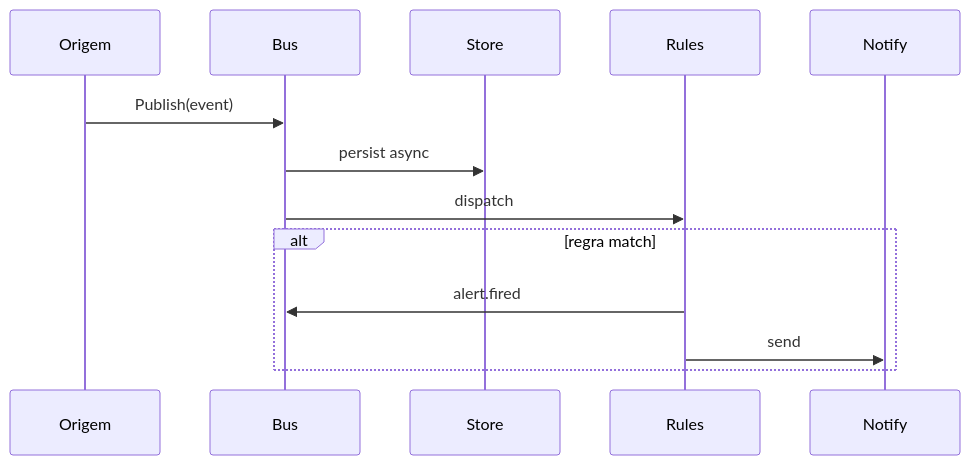
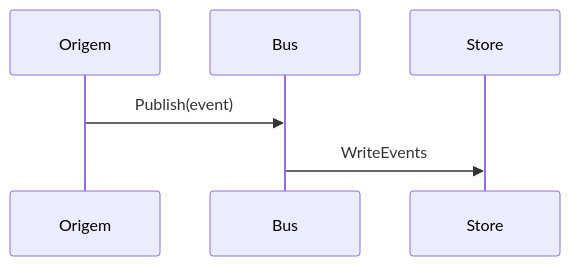
One commit to HarryRaddatz/argus-observability changed the first of 4 diagrams in docs/flows/events-and-alerts.md. Above: the diagram before and after it, drawn with Mermaid. The commit also changed other lines of this file and 9 other files, not shown here.

````diff
--- a/docs/flows/events-and-alerts.md
+++ b/docs/flows/events-and-alerts.md
@@ -22,16 +22,9 @@
 ```mermaid
 sequenceDiagram
   participant Source as Origem
   participant Bus
   participant Store
-  participant Rules
-  participant Notify
 
   Source->>Bus: Publish(event)
-  Bus->>Store: persist async
-  Bus->>Rules: dispatch
-  alt regra match
-    Rules->>Bus: alert.fired
-    Rules->>Notify: send
-  end
+  Bus->>Store: WriteEvents
 ```
````
